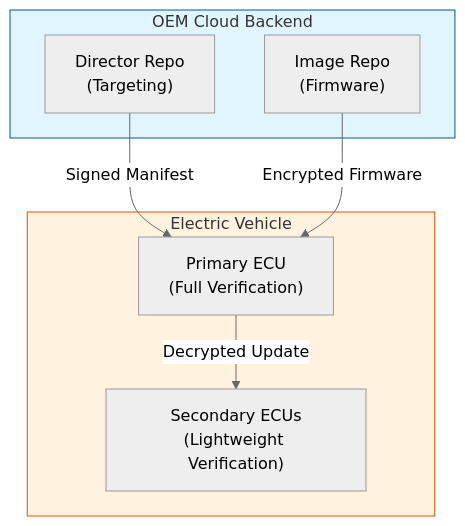
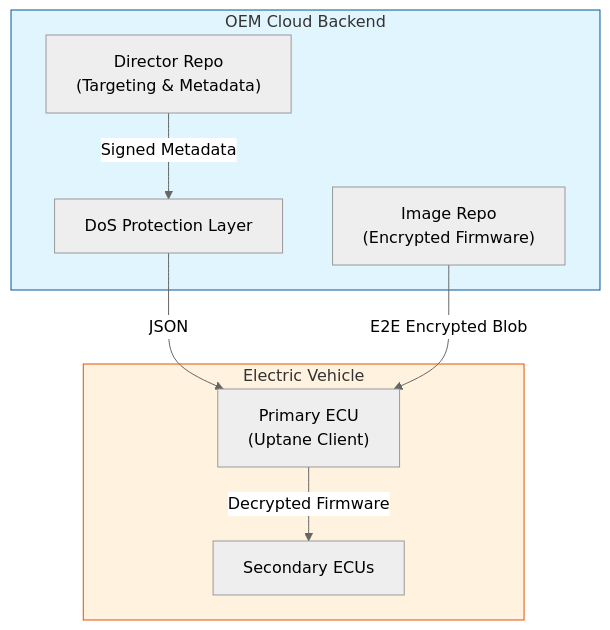
One commit to Abs449/SecureEV-OTA changed the diagram in README.md. Above: the diagram before and after it, drawn with Mermaid (neutral theme). The commit also changed other lines of this file and 24 other files, not shown here.

````diff
--- a/README.md
+++ b/README.md
@@ -37,19 +30,21 @@
 ```mermaid
-graph TD
+graph TB
     subgraph Cloud["OEM Cloud Backend"]
-        Director["Director Repo<br>(Targeting)"]
-        Image["Image Repo<br>(Firmware)"]
+        Director["Director Repo<br>(Targeting & Metadata)"]
+        Image["Image Repo<br>(Encrypted Firmware)"]
+        DoS["DoS Protection Layer"]
     end
 
     subgraph Vehicle["Electric Vehicle"]
-        Primary["Primary ECU<br>(Full Verification)"]
-        Secondary["Secondary ECUs<br>(Lightweight Verification)"]
+        Primary["Primary ECU<br>(Uptane Client)"]
+        Secondary["Secondary ECUs"]
     end
 
-    Director -->|Signed Manifest| Primary
-    Image -->|Encrypted Firmware| Primary
-    Primary -->|Decrypted Update| Secondary
+    Director -->|Signed Metadata| DoS
+    DoS -->|JSON| Primary
+    Image -->|E2E Encrypted Blob| Primary
+    Primary -->|Decrypted Firmware| Secondary
 
     style Cloud fill:#e1f5fe,stroke:#01579b
     style Vehicle fill:#fff3e0,stroke:#e65100
 ```
````
